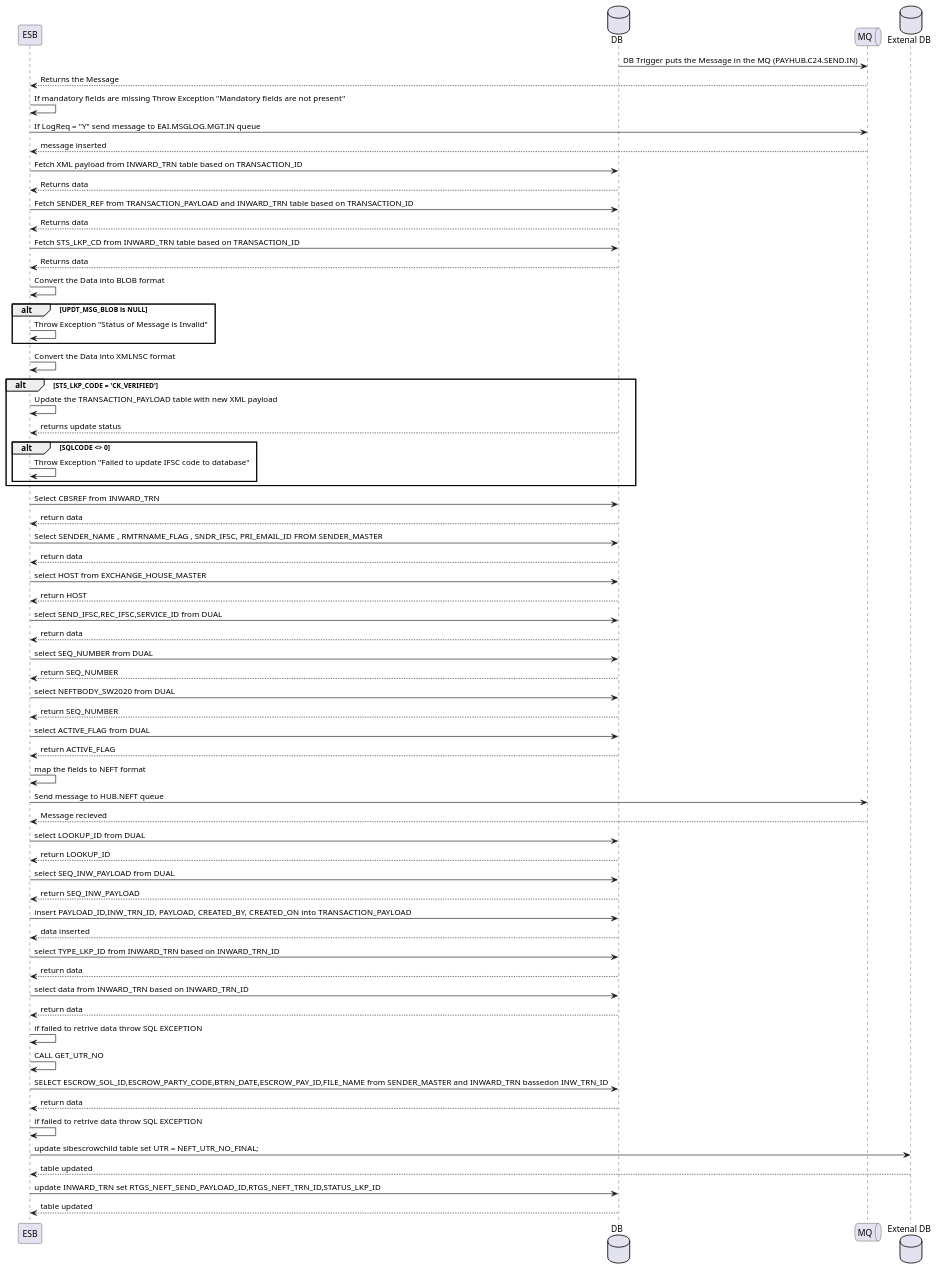
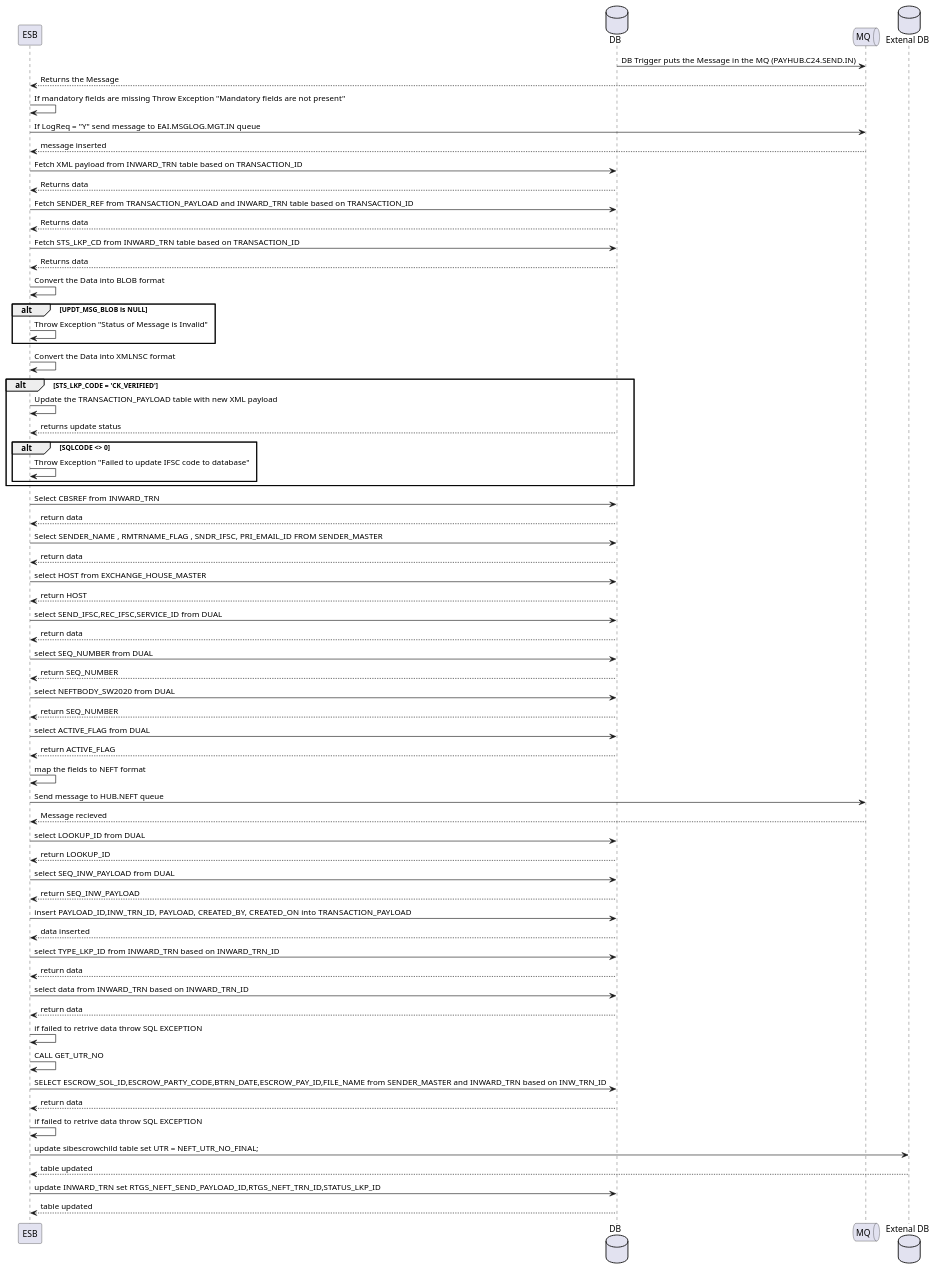
Before and after one commit to abhay113/SIB-PLANT-UML: the diagram in neft/neftsend.puml, drawn with PlantUML. The commit also changed 3 other files, not shown here.

```diff
--- a/neft/neftsend.puml
+++ b/neft/neftsend.puml
@@ -1,98 +1,98 @@
 @startuml NEFT SEND
 
 participant ESB
 Database "DB" as DB
 Queue "MQ" as MQ
 Database "Extenal DB" as FN
 
 DB -> MQ : DB Trigger puts the Message in the MQ (PAYHUB.C24.SEND.IN)
 MQ --> ESB : Returns the Message
 
 ESB -> ESB : If mandatory fields are missing Throw Exception "Mandatory fields are not present"
 
 ESB -> MQ: If LogReq = "Y" send message to EAI.MSGLOG.MGT.IN queue
 MQ --> ESB: message inserted
 
 ESB -> DB : Fetch XML payload from INWARD_TRN table based on TRANSACTION_ID
 DB --> ESB : Returns data
 
 ESB -> DB : Fetch SENDER_REF from TRANSACTION_PAYLOAD and INWARD_TRN table based on TRANSACTION_ID
 DB --> ESB : Returns data
 
 ESB -> DB : Fetch STS_LKP_CD from INWARD_TRN table based on TRANSACTION_ID
 DB --> ESB : Returns data
 
 ESB -> ESB : Convert the Data into BLOB format
 
 alt UPDT_MSG_BLOB is NULL
     ESB -> ESB : Throw Exception "Status of Message is Invalid"
 end
 
 ESB -> ESB : Convert the Data into XMLNSC format
 
 alt STS_LKP_CODE = 'CK_VERIFIED'
     ESB -> ESB : Update the TRANSACTION_PAYLOAD table with new XML payload
     DB --> ESB : returns update status
     alt SQLCODE <> 0 
         ESB -> ESB : Throw Exception "Failed to update IFSC code to database"
     end
 end
 '2 subflows'
 
 
 
 ESB -> DB : Select CBSREF from INWARD_TRN
 DB --> ESB : return data
 
 ESB -> DB : Select SENDER_NAME , RMTRNAME_FLAG ,  SNDR_IFSC, PRI_EMAIL_ID FROM SENDER_MASTER 
 DB --> ESB : return data
 
 ESB -> DB : select HOST from EXCHANGE_HOUSE_MASTER
 DB --> ESB : return HOST
 
 ESB -> DB : select SEND_IFSC,REC_IFSC,SERVICE_ID from DUAL
 DB --> ESB : return data
 
 ESB -> DB : select SEQ_NUMBER from DUAL
 DB --> ESB : return SEQ_NUMBER
 
 ESB -> DB : select NEFTBODY_SW2020 from DUAL
 DB --> ESB : return SEQ_NUMBER
 
 ESB -> DB : select ACTIVE_FLAG from DUAL
 DB --> ESB : return ACTIVE_FLAG
 
 ESB -> ESB : map the fields to NEFT format
 ESB -> MQ : Send message to HUB.NEFT queue
 MQ --> ESB : Message recieved
 
 ESB -> DB : select LOOKUP_ID from DUAL
 DB --> ESB : return LOOKUP_ID
 
 ESB -> DB : select SEQ_INW_PAYLOAD from DUAL
 DB --> ESB : return SEQ_INW_PAYLOAD
 
 
 ESB -> DB : insert PAYLOAD_ID,INW_TRN_ID, PAYLOAD, CREATED_BY, CREATED_ON into TRANSACTION_PAYLOAD
 DB --> ESB : data inserted
 
 ESB -> DB : select TYPE_LKP_ID from INWARD_TRN based on INWARD_TRN_ID
 DB --> ESB :  return data
 
 ESB -> DB : select data from INWARD_TRN based on INWARD_TRN_ID
 DB --> ESB :  return data
 ESB -> ESB : if failed to retrive data throw SQL EXCEPTION
 
 ESB -> ESB : CALL GET_UTR_NO
 
-ESB -> DB : SELECT ESCROW_SOL_ID,ESCROW_PARTY_CODE,BTRN_DATE,ESCROW_PAY_ID,FILE_NAME from SENDER_MASTER and INWARD_TRN bassedon INW_TRN_ID
+ESB -> DB : SELECT ESCROW_SOL_ID,ESCROW_PARTY_CODE,BTRN_DATE,ESCROW_PAY_ID,FILE_NAME from SENDER_MASTER and INWARD_TRN based on INW_TRN_ID
 DB --> ESB :  return data
 ESB -> ESB : if failed to retrive data throw SQL EXCEPTION
 
 ESB -> FN : update sibescrowchild table set UTR = NEFT_UTR_NO_FINAL;
 FN --> ESB : table updated 
 
 ESB -> DB : update INWARD_TRN set RTGS_NEFT_SEND_PAYLOAD_ID,RTGS_NEFT_TRN_ID,STATUS_LKP_ID
 DB --> ESB : table updated 
 
 @enduml
```
